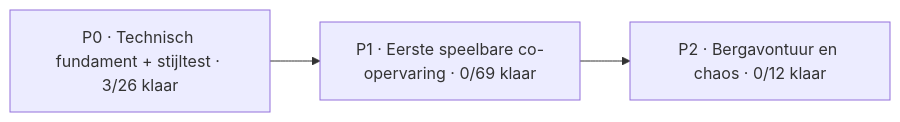
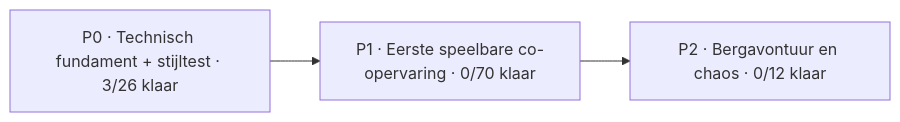
One commit to mlemson/conductor-chaos changed the diagram in Docs/PROJECT_BOARD.md. Above: the diagram before and after it, drawn with Mermaid. The commit also changed other lines of this file, not shown here.

````diff
--- a/Docs/PROJECT_BOARD.md
+++ b/Docs/PROJECT_BOARD.md
@@ -13,7 +13,7 @@
 ```mermaid
 flowchart LR
     P0["P0 · Technisch fundament + stijltest · 3/26 klaar"]
-    P1["P1 · Eerste speelbare co-opervaring · 0/69 klaar"]
+    P1["P1 · Eerste speelbare co-opervaring · 0/70 klaar"]
     P2["P2 · Bergavontuur en chaos · 0/12 klaar"]
     P0 --> P1 --> P2
 ```
````
